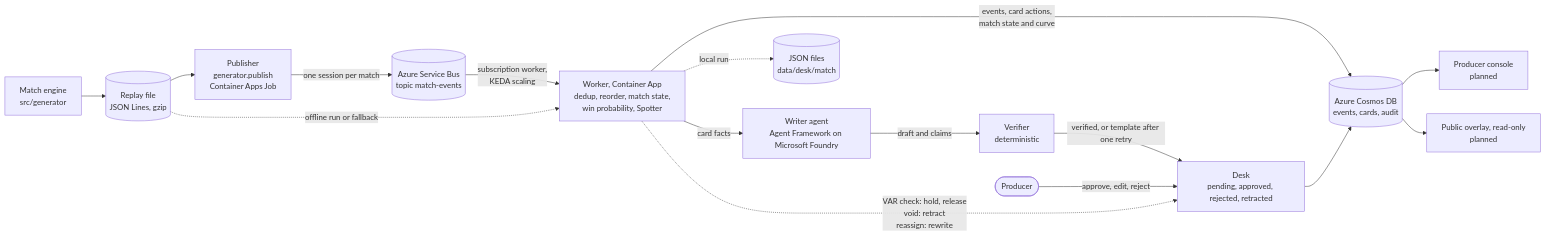
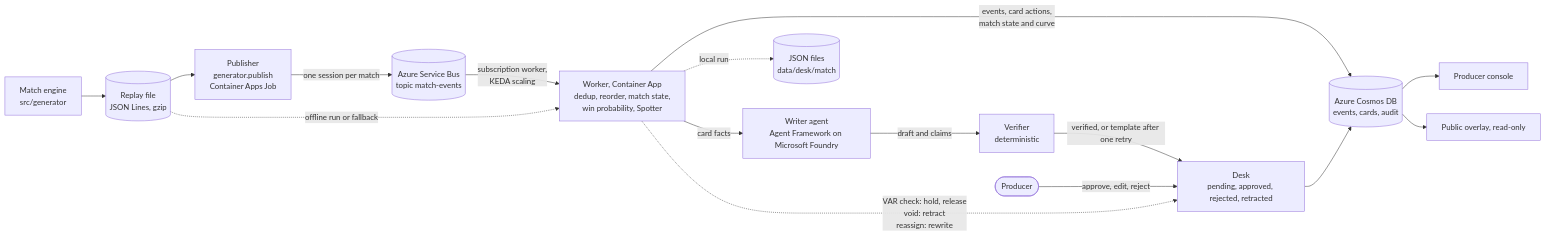
Before and after one commit to akyuzdilhan/watershed: the diagram in README.md, drawn with Mermaid. The commit also changed other lines of this file and 8 other files, not shown here.

````diff
--- a/README.md
+++ b/README.md
@@ -57,18 +57,18 @@
 ```mermaid
 flowchart LR
     GEN["Match engine<br/>src/generator"] --> FILE[("Replay file<br/>JSON Lines, gzip")]
     FILE --> PUB["Publisher<br/>generator.publish<br/>Container Apps Job"]
     PUB -->|"one session per match"| SB[("Azure Service Bus<br/>topic match-events")]
     SB -->|"subscription worker,<br/>KEDA scaling"| W["Worker, Container App<br/>dedup, reorder, match state,<br/>win probability, Spotter"]
     FILE -.->|"offline run or fallback"| W
     W -->|"card facts"| WR["Writer agent<br/>Agent Framework on Microsoft Foundry"]
     WR -->|"draft and claims"| V["Verifier<br/>deterministic"]
     V -->|"verified, or template after one retry"| D["Desk<br/>pending, approved, rejected, retracted"]
     PROD(["Producer"]) -->|"approve, edit, reject"| D
     W -->|"events, card actions,<br/>match state and curve"| DB[("Azure Cosmos DB<br/>events, cards, audit")]
     D --> DB
     W -.->|"local run"| JF[("JSON files<br/>data/desk/match")]
-    DB --> CON["Producer console<br/>planned"]
-    DB --> OV["Public overlay, read-only<br/>planned"]
+    DB --> CON["Producer console"]
+    DB --> OV["Public overlay, read-only"]
     W -.->|"VAR check: hold, release<br/>void: retract<br/>reassign: rewrite"| D
 ```
````
